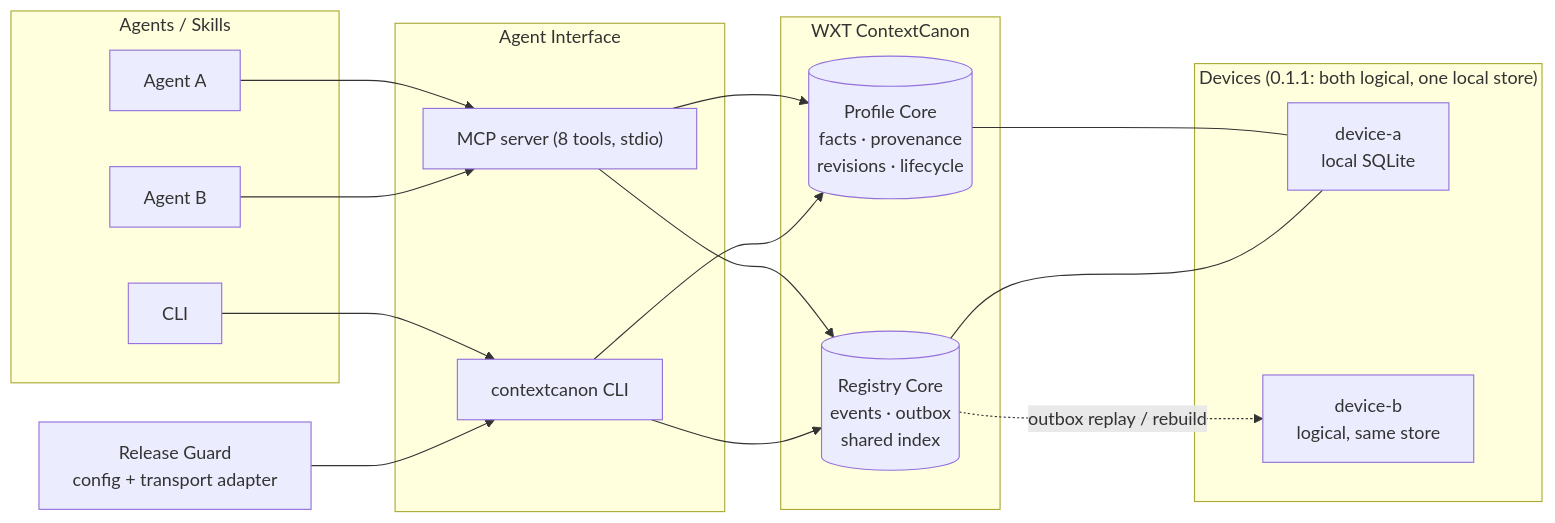
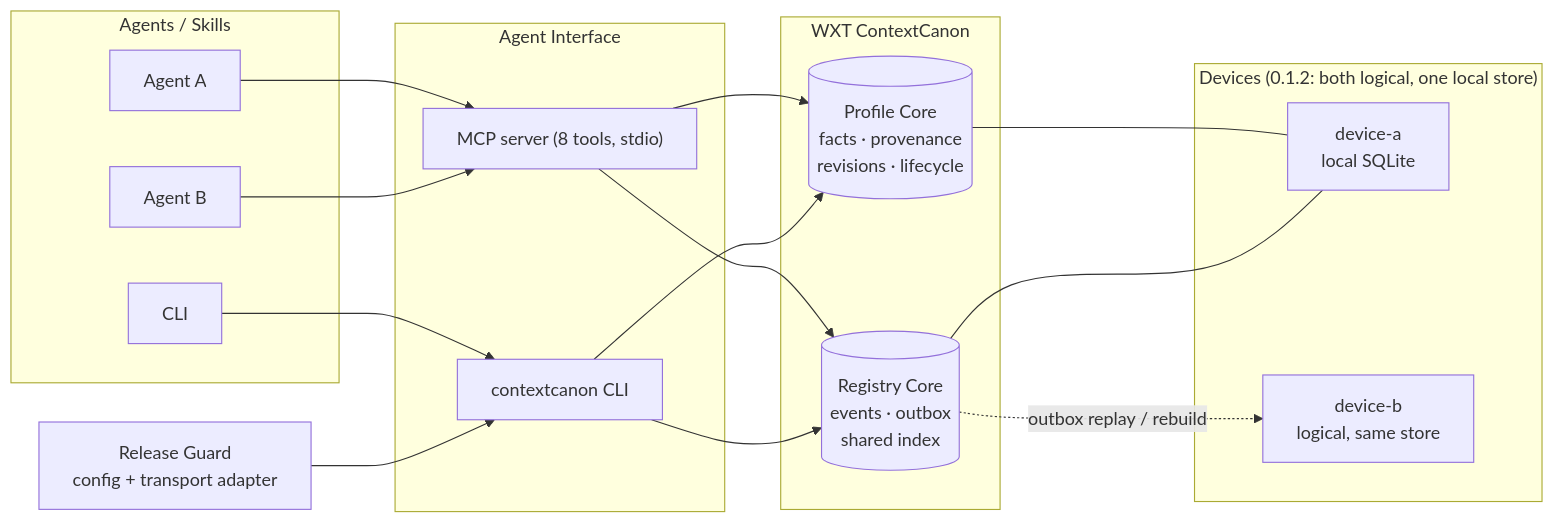
One commit to markingtang/wxt-contextcanon changed the diagram in README.md. Above: the diagram before and after it, drawn with Mermaid. The commit also changed other lines of this file and 29 other files, not shown here.

````diff
--- a/README.md
+++ b/README.md
@@ -90,36 +90,36 @@
 ```mermaid
 flowchart LR
     subgraph Agents["Agents / Skills"]
         A1["Agent A"]
         A2["Agent B"]
         A3["CLI"]
     end
 
     subgraph Interface["Agent Interface"]
         MCP["MCP server (8 tools, stdio)"]
         CLI["contextcanon CLI"]
     end
 
     subgraph Core["WXT ContextCanon"]
         P[("Profile Core<br/>facts · provenance<br/>revisions · lifecycle")]
         R[("Registry Core<br/>events · outbox<br/>shared index")]
     end
 
-    subgraph Devices["Devices (0.1.1: both logical, one local store)"]
+    subgraph Devices["Devices (0.1.2: both logical, one local store)"]
         D1["device-a<br/>local SQLite"]
         D2["device-b<br/>logical, same store"]
     end
 
     A1 --> MCP
     A2 --> MCP
     A3 --> CLI
     MCP --> P
     MCP --> R
     CLI --> P
     CLI --> R
     P --- D1
     R --- D1
     R -. "outbox replay / rebuild" .-> D2
 
     G["Release Guard<br/>config + transport adapter"] --> CLI
 ```
````
